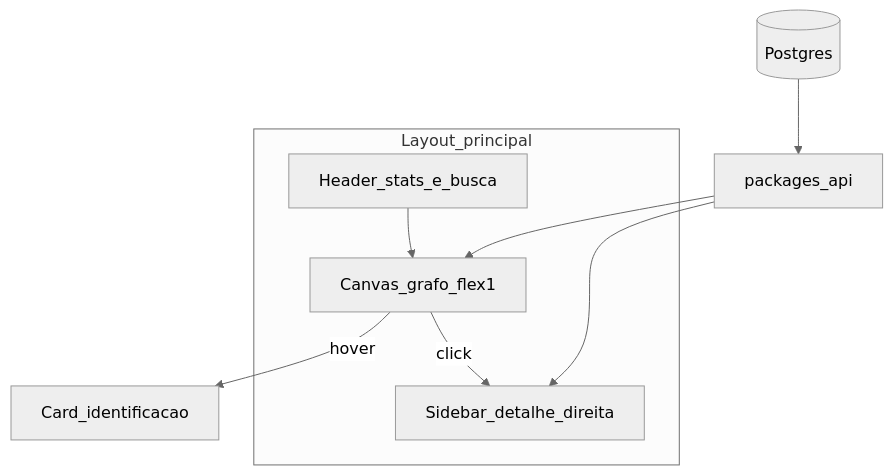
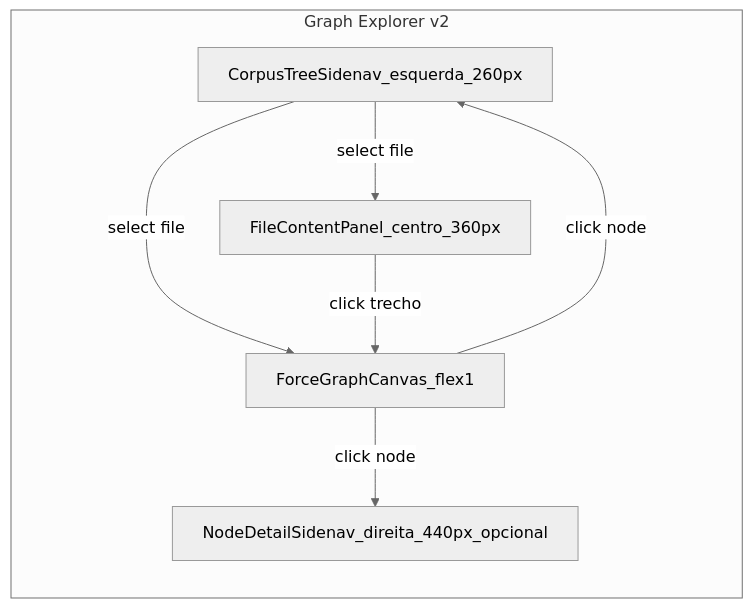
The second of 4 diagrams in .cursor/plans/graph_explorer_ui.plan.md (Karik-ribasu/knowledge-graph-poc), drawn with Mermaid (neutral theme) before and after one commit. The commit also changed other lines of this file and 172 other files, not shown here.

````diff
--- a/.cursor/plans/graph_explorer_ui.plan.md
+++ b/.cursor/plans/graph_explorer_ui.plan.md
@@ -79,14 +110,14 @@
 ```mermaid
-flowchart TB
-  subgraph layout [Layout_principal]
-    Header[Header_stats_e_busca]
-    Canvas[Canvas_grafo_flex1]
-    Sidebar[Sidebar_detalhe_direita]
+flowchart LR
+  subgraph layout [Graph Explorer v2]
+    Tree[CorpusTreeSidenav_esquerda_260px]
+    Content[FileContentPanel_centro_360px]
+    Graph[ForceGraphCanvas_flex1]
+    Detail[NodeDetailSidenav_direita_440px_opcional]
   end
-  Header --> Canvas
-  Canvas -->|hover| HoverCard[Card_identificacao]
-  Canvas -->|click| Sidebar
-  API[packages_api] --> Canvas
-  API --> Sidebar
-  PG[(Postgres)] --> API
+  Tree -->|select file| Content
+  Tree -->|select file| Graph
+  Content -->|click trecho| Graph
+  Graph -->|click node| Tree
+  Graph -->|click node| Detail
 ```
````
